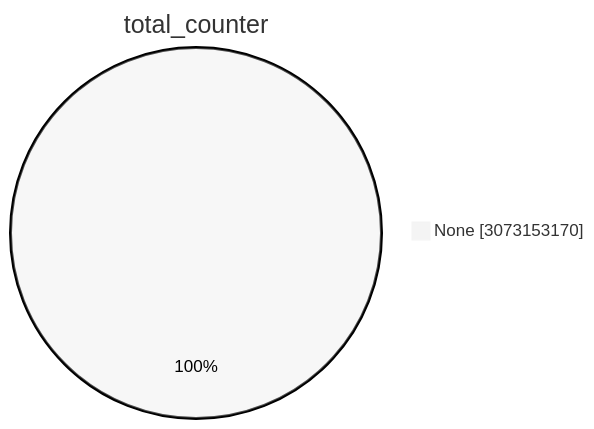
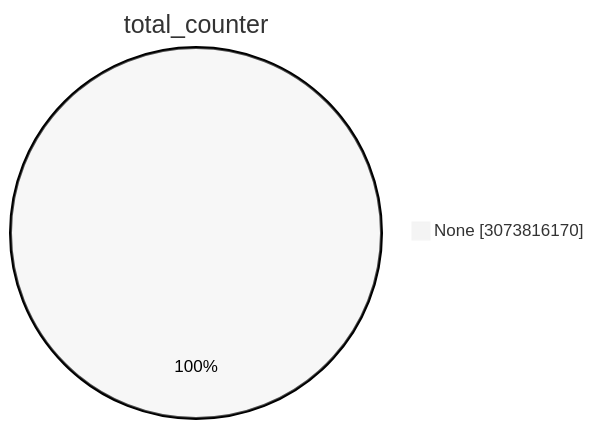
Before and after one commit to christiankrug/ctmonitor_visualization: the first of 15 diagrams in TOTAL/README.md, drawn with Mermaid (neutral theme). The commit also changed other lines of this file, not shown here.

````diff
--- a/TOTAL/README.md
+++ b/TOTAL/README.md
@@ -1,5 +1,5 @@
 ```mermaid
 pie showData
 title total_counter
-"None" :3073153170
+"None" :3073816170
 ```
````
